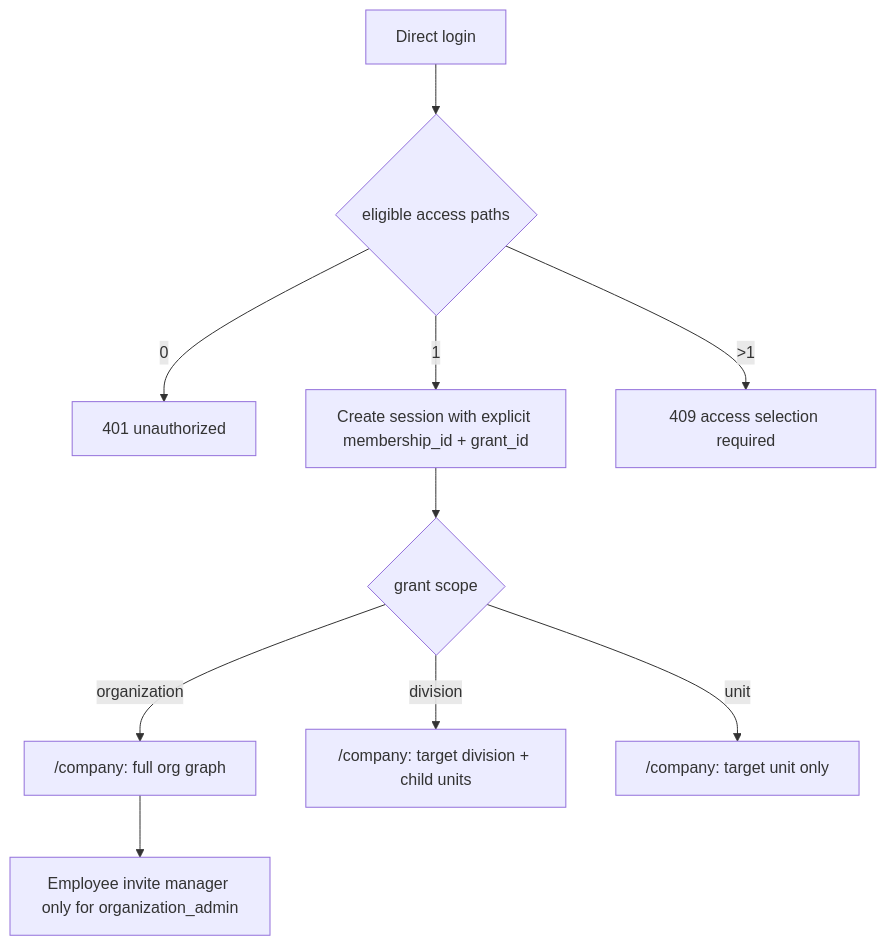
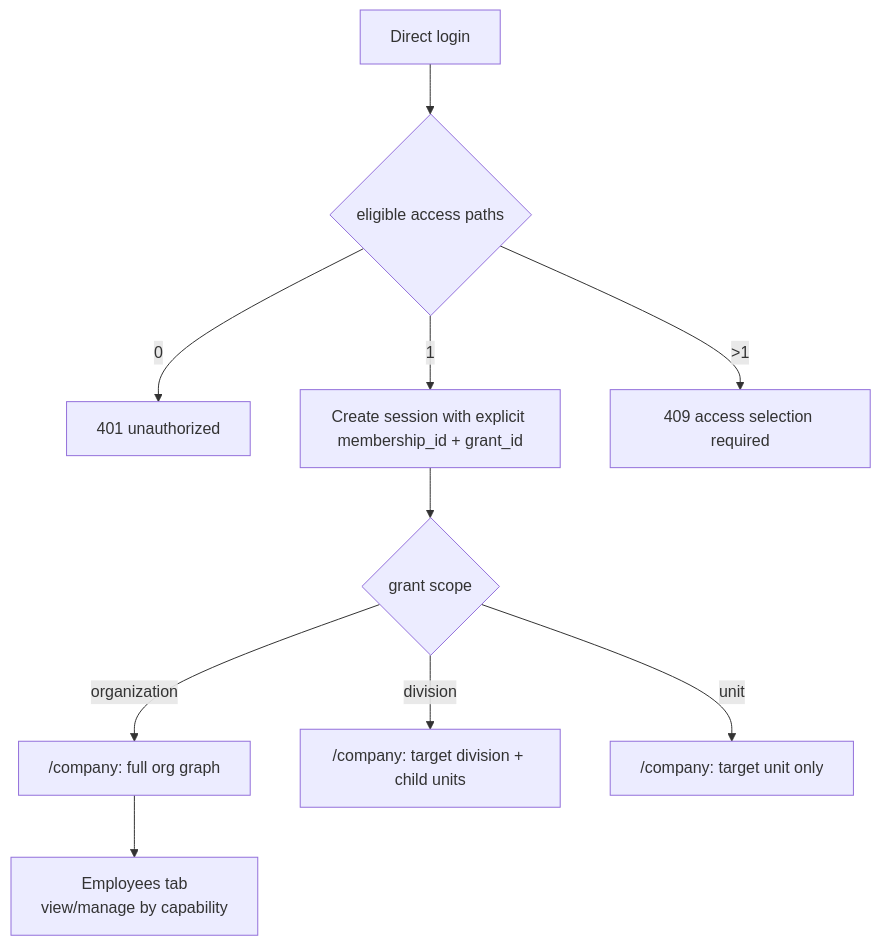
The seventh of 10 diagrams in docs/architecture/identity-master-data.md (vrk-app/vrk), drawn with Mermaid before and after one commit. The commit also changed other lines of this file and 39 other files, not shown here.

````diff
--- a/docs/architecture/identity-master-data.md
+++ b/docs/architecture/identity-master-data.md
@@ -346,12 +362,12 @@
 ```mermaid
 flowchart TD
     A["Direct login"] --> B{"eligible access paths"}
     B -->|0| C["401 unauthorized"]
     B -->|1| D["Create session with explicit membership_id + grant_id"]
     B -->|>1| E["409 access selection required"]
     D --> F{"grant scope"}
     F -->|organization| G["/company: full org graph"]
     F -->|division| H["/company: target division + child units"]
     F -->|unit| I["/company: target unit only"]
-    G --> J["Employee invite manager only for organization_admin"]
+    G --> J["Employees tab<br/>view/manage by capability"]
 ```
````
